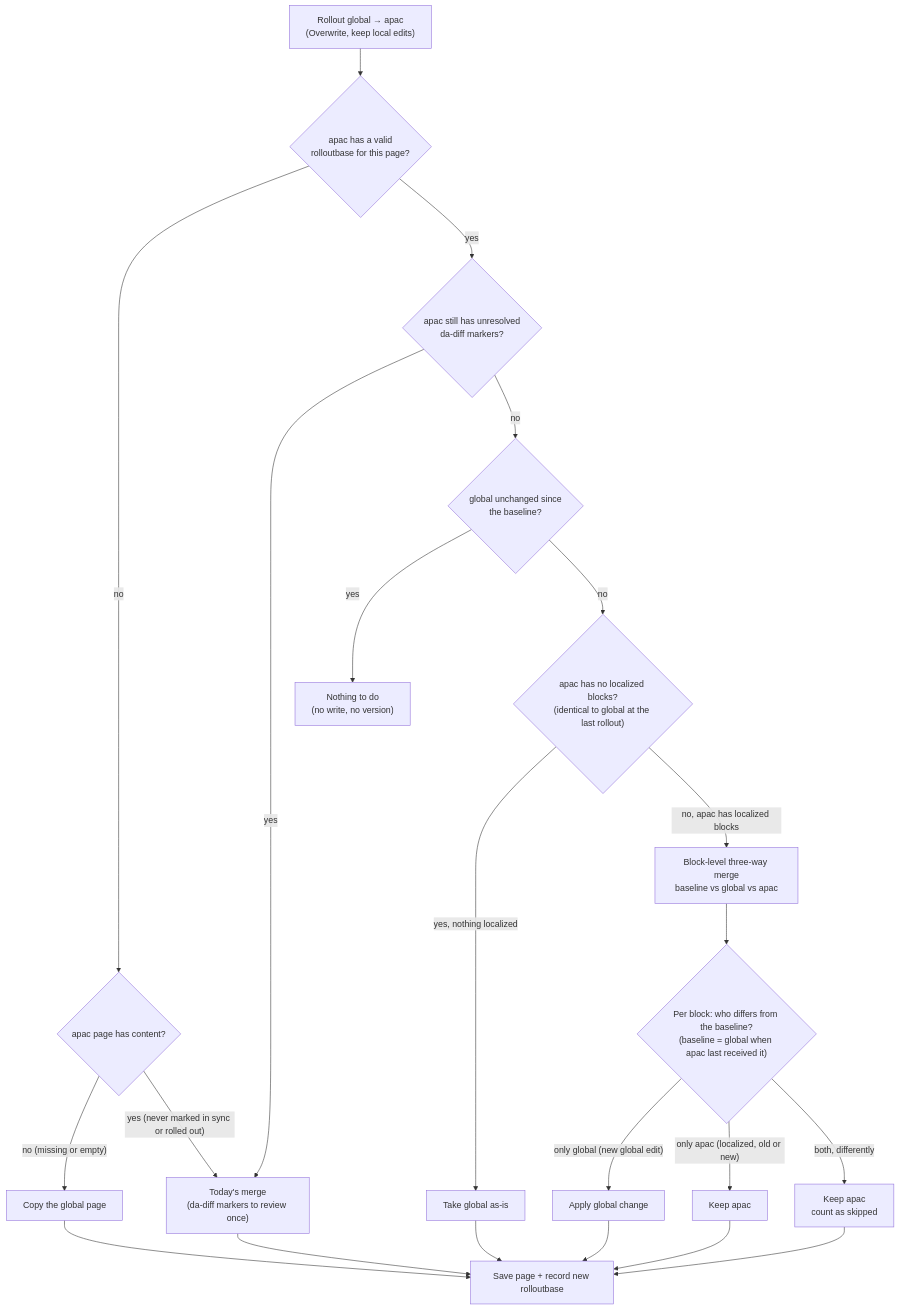
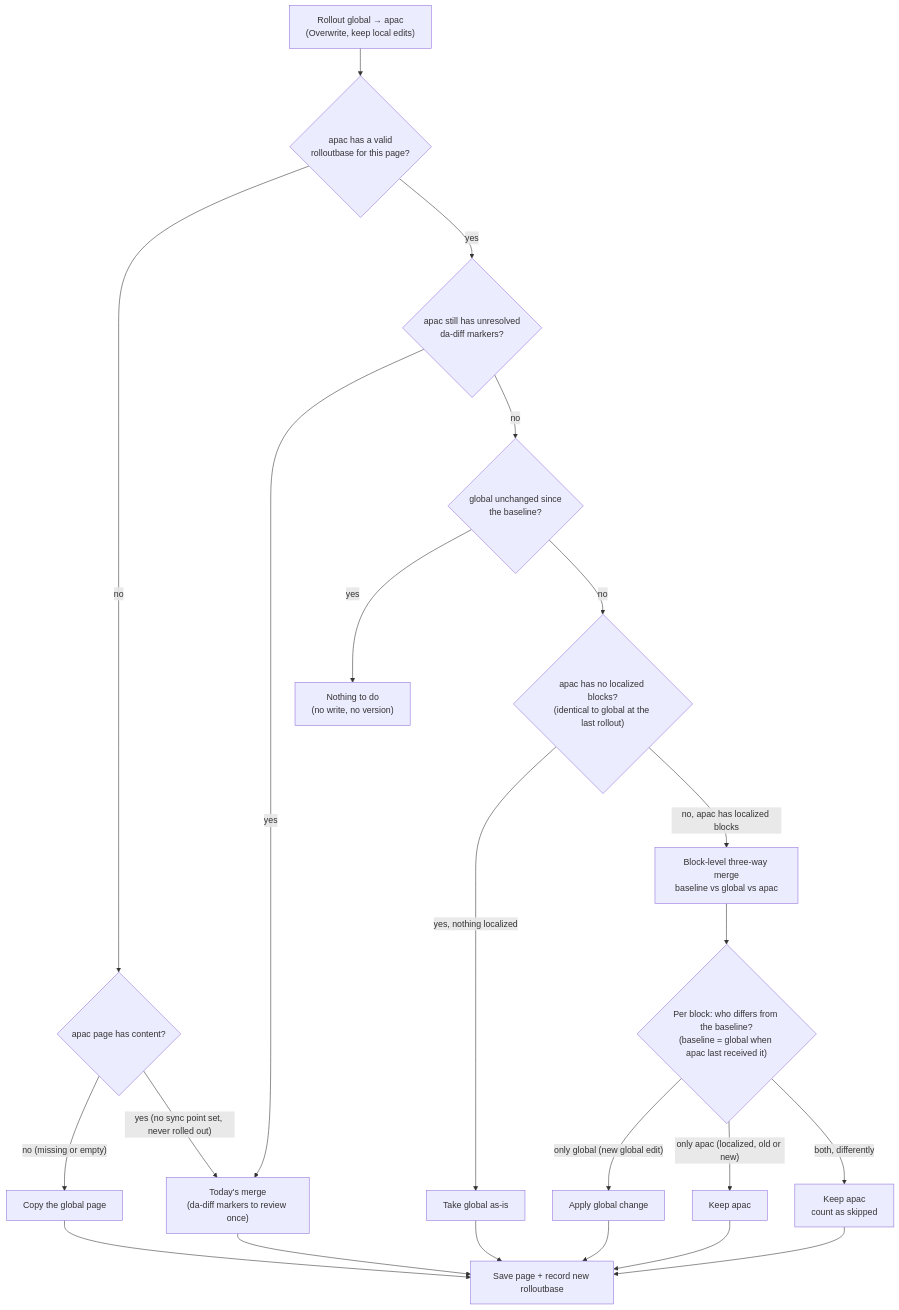
The diagram in docs/rollout-smart-overwrite.md (adobe/da-nx), drawn with Mermaid before and after one commit. The commit also changed other lines of this file and 9 other files, not shown here.

First line of the commit message:
fix(loc): rename mark in sync to set sync point, place it beside rollout

````diff
--- a/docs/rollout-smart-overwrite.md
+++ b/docs/rollout-smart-overwrite.md
@@ -26,24 +26,24 @@
 ```mermaid
 flowchart TD
   start["Rollout global → apac<br/>(Overwrite, keep local edits)"] --> base{"apac has a valid<br/>rolloutbase for this page?"}
   base -- "no" --> exists{"apac page has content?"}
   exists -- "no (missing or empty)" --> copy["Copy the global page"]
-  exists -- "yes (never marked in sync or rolled out)" --> merge["Today's merge<br/>(da-diff markers to review once)"]
+  exists -- "yes (no sync point set, never rolled out)" --> merge["Today's merge<br/>(da-diff markers to review once)"]
   base -- "yes" --> pending{"apac still has unresolved<br/>da-diff markers?"}
   pending -- "yes" --> merge
   pending -- "no" --> same{"global unchanged since<br/>the baseline?"}
   same -- "yes" --> nothing["Nothing to do<br/>(no write, no version)"]
   same -- "no" --> unchanged{"apac has no localized blocks?<br/>(identical to global at the last rollout)"}
   unchanged -- "yes, nothing localized" --> take["Take global as-is"]
   unchanged -- "no, apac has localized blocks" --> diff3["Block-level three-way merge<br/>baseline vs global vs apac"]
   diff3 --> who{"Per block: who differs from the baseline?<br/>(baseline = global when apac last received it)"}
   who -- "only global (new global edit)" --> apply["Apply global change"]
   who -- "only apac (localized, old or new)" --> keep["Keep apac"]
   who -- "both, differently" --> skip["Keep apac<br/>count as skipped"]
   copy --> save["Save page + record new rolloutbase"]
   merge --> save
   take --> save
   apply --> save
   keep --> save
   skip --> save
 ```
````
